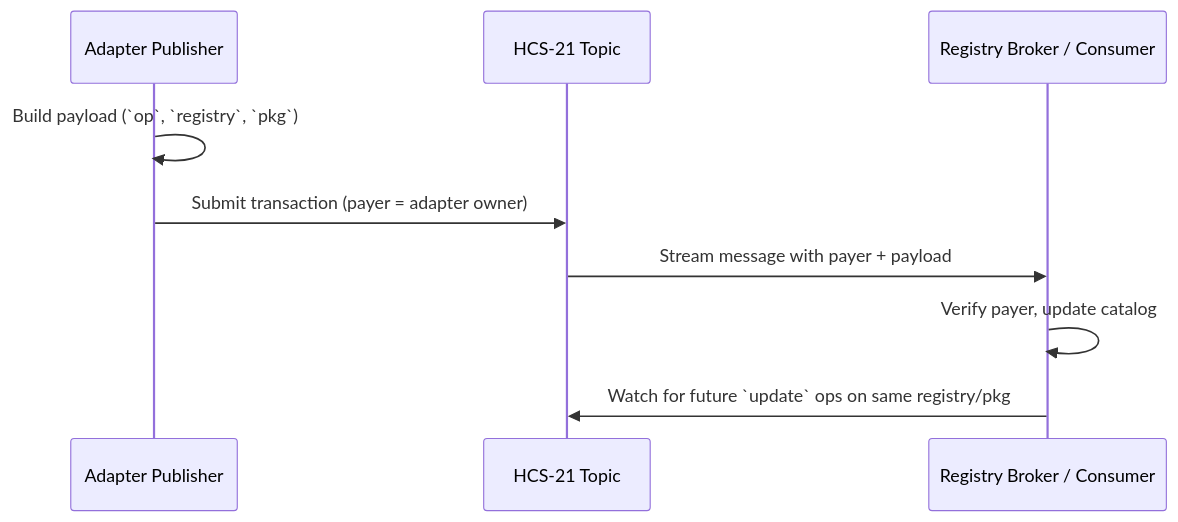
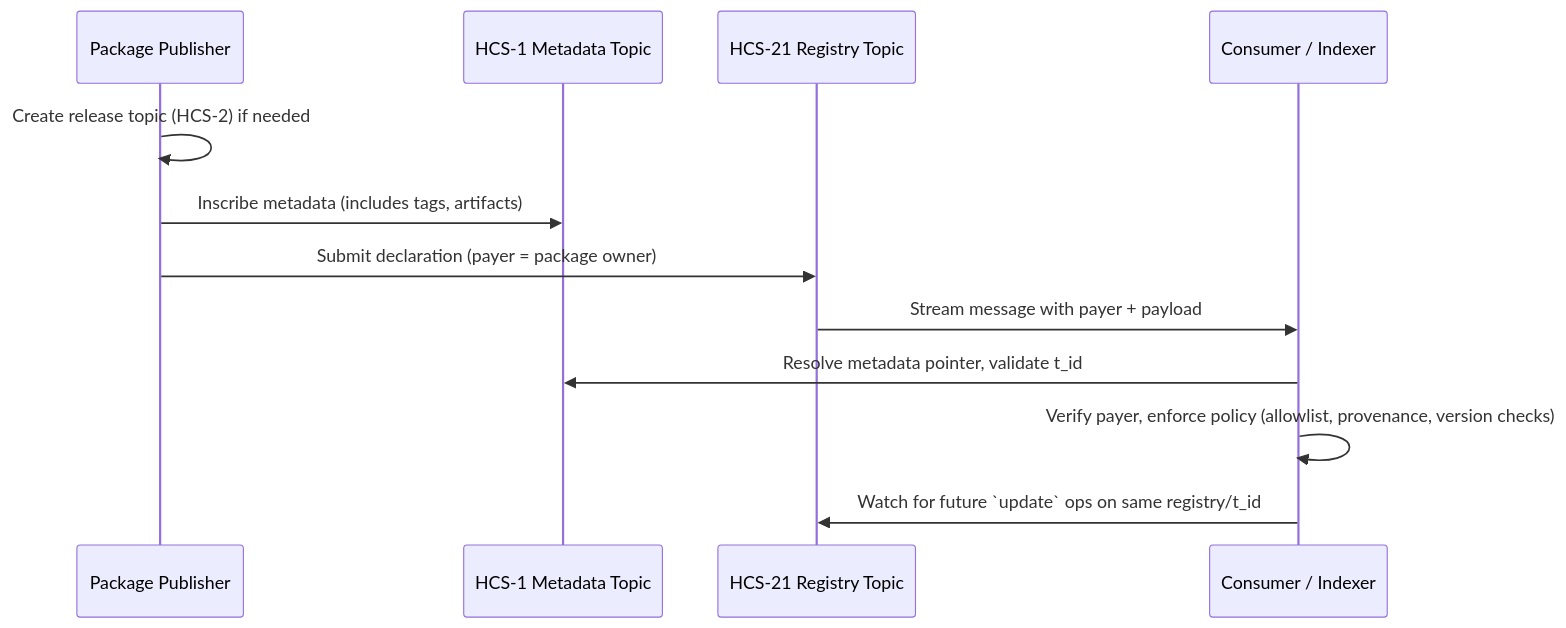
One commit to hashgraph-online/hcs-improvement-proposals changed the diagram in docs/standards/hcs-21.md. Above: the diagram before and after it, drawn with Mermaid. The commit also changed other lines of this file and 8 other files, not shown here.

````diff
--- a/docs/standards/hcs-21.md
+++ b/docs/standards/hcs-21.md
@@ -87,12 +148,15 @@
 ```mermaid
 sequenceDiagram
-    participant Pub as Adapter Publisher
-    participant HCS as HCS-21 Topic
-    participant Cons as Registry Broker / Consumer
+    participant Pub as Package Publisher
+    participant HCS1 as HCS-1 Metadata Topic
+    participant RegTopic as HCS-21 Registry Topic
+    participant Cons as Consumer / Indexer
 
-    Pub->>Pub: Build payload (`op`, `registry`, `pkg`)
-    Pub->>HCS: Submit transaction (payer = adapter owner)
-    HCS->>Cons: Stream message with payer + payload
-    Cons->>Cons: Verify payer, update catalog
-    Cons->>HCS: Watch for future `update` ops on same registry/pkg
+    Pub->>Pub: Create release topic (HCS-2) if needed
+    Pub->>HCS1: Inscribe metadata (includes tags, artifacts)
+    Pub->>RegTopic: Submit declaration (payer = package owner)
+    RegTopic->>Cons: Stream message with payer + payload
+    Cons->>HCS1: Resolve metadata pointer, validate t_id
+    Cons->>Cons: Verify payer, enforce policy (allowlist, provenance, version checks)
+    Cons->>RegTopic: Watch for future `update` ops on same registry/t_id
 ```
````
